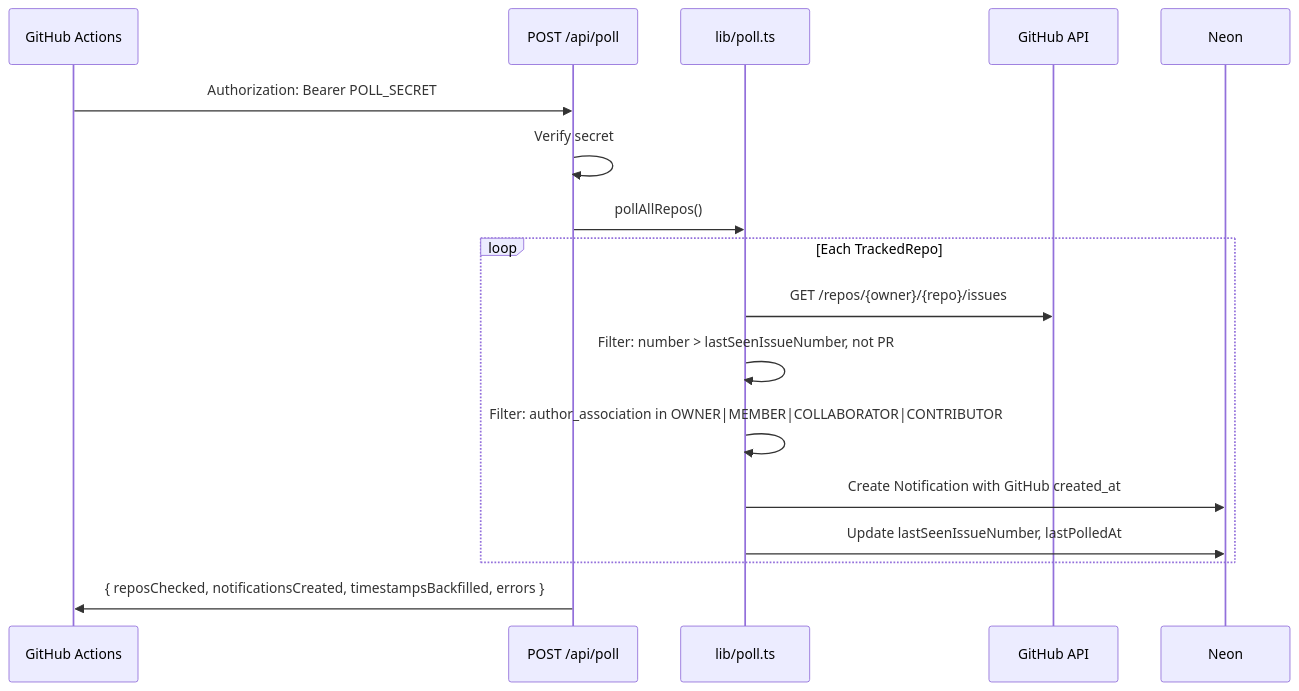
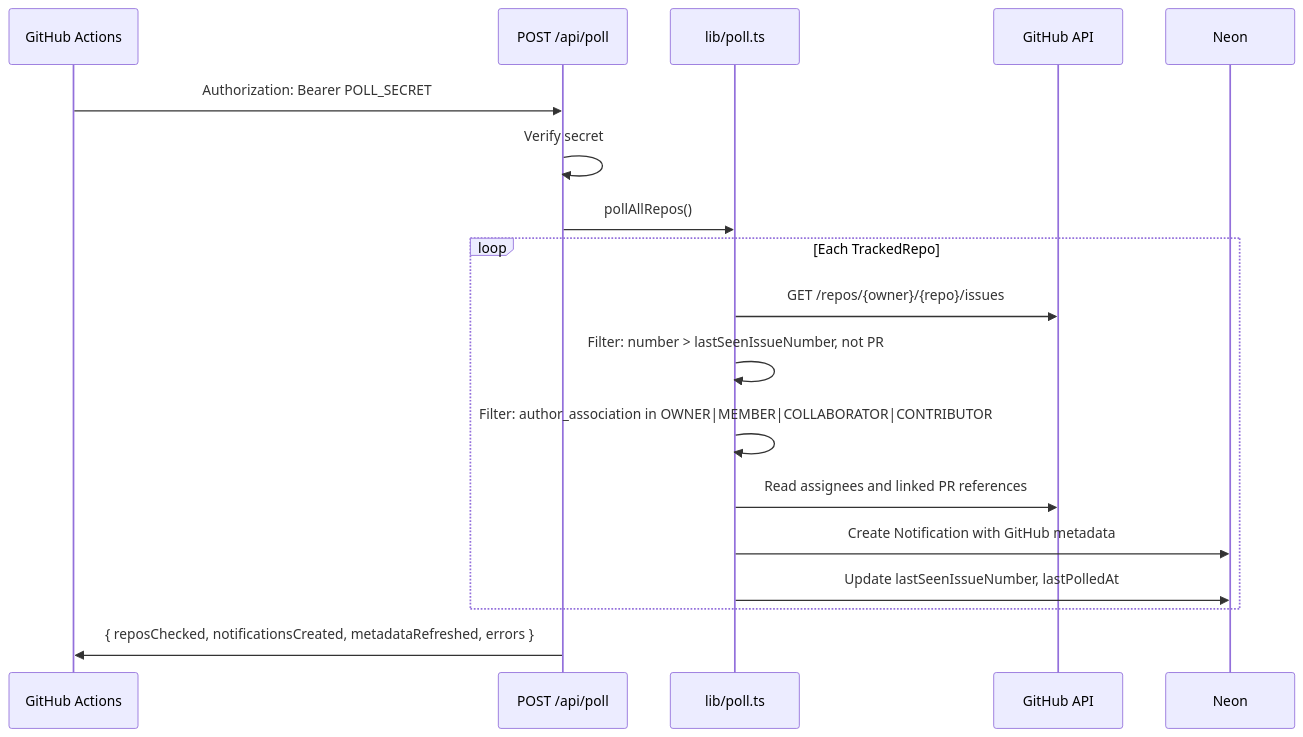
One commit to AgrimTawani/oss-manager changed the sixth of 8 diagrams in docs/architecture.md. Above: the diagram before and after it, drawn with Mermaid. The commit also changed other lines of this file and 17 other files, not shown here.

````diff
--- a/docs/architecture.md
+++ b/docs/architecture.md
@@ -198,20 +202,21 @@
 ```mermaid
 sequenceDiagram
   participant GHA as GitHub Actions
   participant P as POST /api/poll
   participant L as lib/poll.ts
   participant GH as GitHub API
   participant DB as Neon
 
   GHA->>P: Authorization: Bearer POLL_SECRET
   P->>P: Verify secret
   P->>L: pollAllRepos()
   loop Each TrackedRepo
     L->>GH: GET /repos/{owner}/{repo}/issues
     L->>L: Filter: number > lastSeenIssueNumber, not PR
     L->>L: Filter: author_association in OWNER|MEMBER|COLLABORATOR|CONTRIBUTOR
-    L->>DB: Create Notification with GitHub created_at
+    L->>GH: Read assignees and linked PR references
+    L->>DB: Create Notification with GitHub metadata
     L->>DB: Update lastSeenIssueNumber, lastPolledAt
   end
-  P->>GHA: { reposChecked, notificationsCreated, timestampsBackfilled, errors }
+  P->>GHA: { reposChecked, notificationsCreated, metadataRefreshed, errors }
 ```
````
